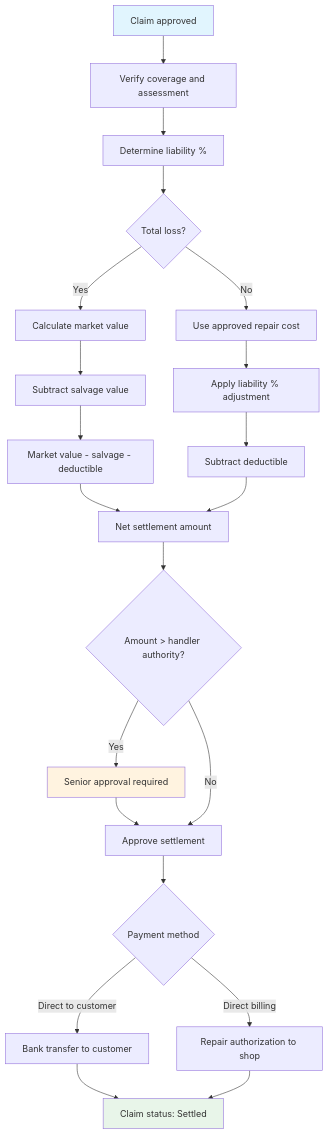
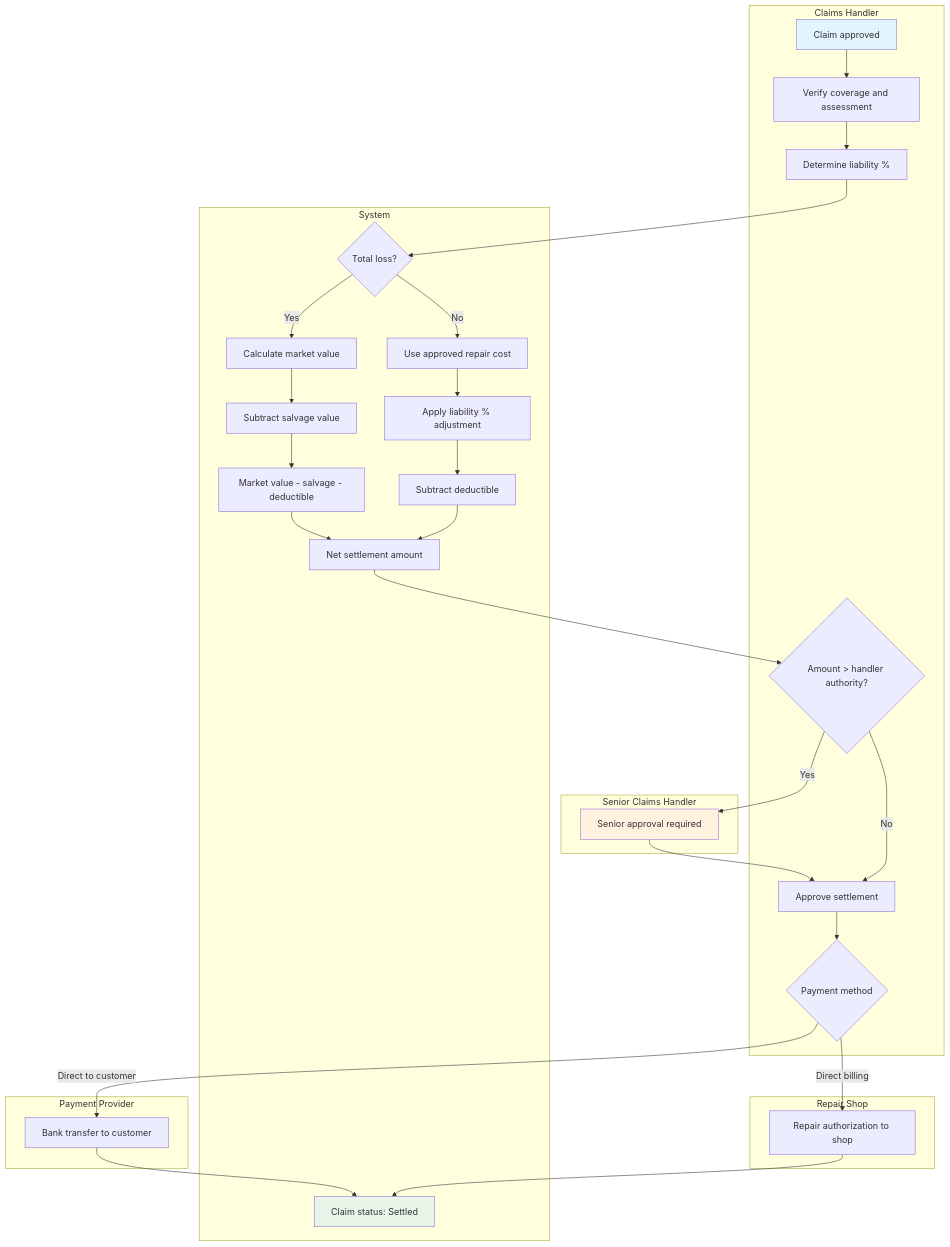
One commit to Agentic-software-factory/insurance-platform-requirements changed the first of 2 diagrams in docs/phase-1-motor/use-cases/uc-settlement-calculation.md. Above: the diagram before and after it, drawn with Mermaid. The commit also changed 13 other files, not shown here.

````diff
--- a/docs/phase-1-motor/use-cases/uc-settlement-calculation.md
+++ b/docs/phase-1-motor/use-cases/uc-settlement-calculation.md
@@ -38,27 +38,56 @@
 ```mermaid
 flowchart TD
-    A[Claim approved] --> B[Verify coverage and assessment]
-    B --> C[Determine liability %]
-    C --> D{Total loss?}
-    D -->|Yes| E[Calculate market value]
-    E --> F[Subtract salvage value]
-    F --> G[Market value - salvage - deductible]
-    D -->|No| H[Use approved repair cost]
-    H --> I[Apply liability % adjustment]
-    I --> J[Subtract deductible]
-    G --> K[Net settlement amount]
+    subgraph Claims Handler
+        A[Claim approved]
+        B[Verify coverage and assessment]
+        C[Determine liability %]
+        L{Amount > handler authority?}
+        N[Approve settlement]
+        O{Payment method}
+    end
+    subgraph System
+        D{Total loss?}
+        E[Calculate market value]
+        F[Subtract salvage value]
+        G[Market value - salvage - deductible]
+        H[Use approved repair cost]
+        I[Apply liability % adjustment]
+        J[Subtract deductible]
+        K[Net settlement amount]
+        R[Claim status: Settled]
+    end
+    subgraph Senior Claims Handler
+        M[Senior approval required]
+    end
+    subgraph Payment Provider
+        P[Bank transfer to customer]
+    end
+    subgraph Repair Shop
+        Q[Repair authorization to shop]
+    end
+
+    A --> B
+    B --> C
+    C --> D
+    D -->|Yes| E
+    E --> F
+    F --> G
+    D -->|No| H
+    H --> I
+    I --> J
+    G --> K
     J --> K
-    K --> L{Amount > handler authority?}
-    L -->|Yes| M[Senior approval required]
-    M --> N[Approve settlement]
+    K --> L
+    L -->|Yes| M
+    M --> N
     L -->|No| N
-    N --> O{Payment method}
-    O -->|Direct to customer| P[Bank transfer to customer]
-    O -->|Direct billing| Q[Repair authorization to shop]
-    P --> R[Claim status: Settled]
+    N --> O
+    O -->|Direct to customer| P
+    O -->|Direct billing| Q
+    P --> R
     Q --> R
 
     style A fill:#e1f5fe
     style R fill:#e8f5e9
     style M fill:#fff3e0
 ```
````
